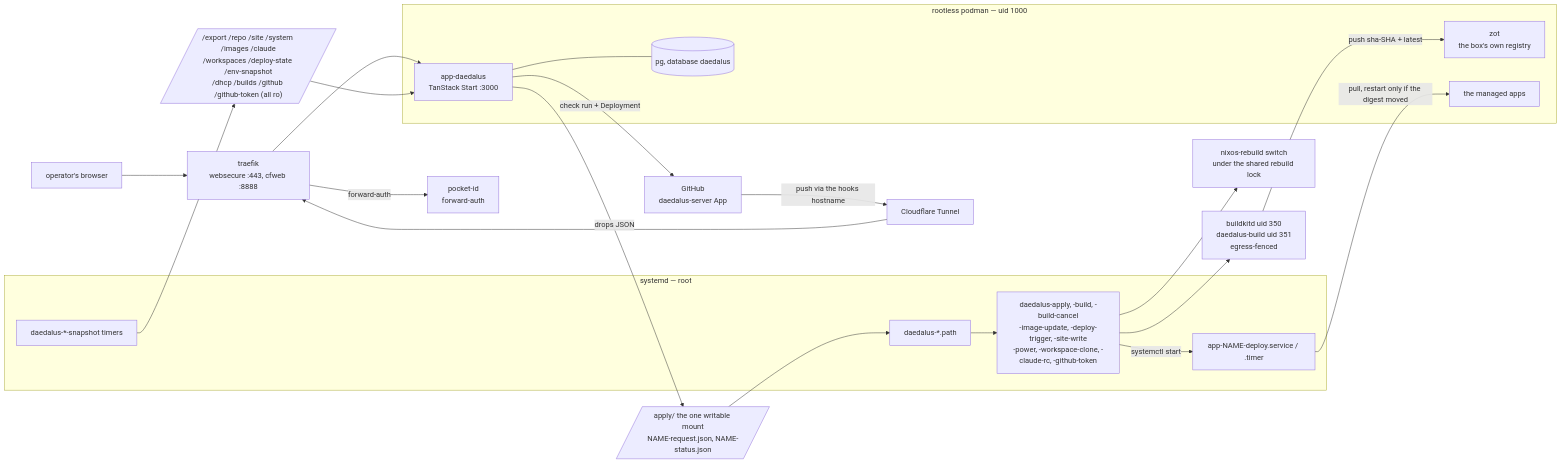
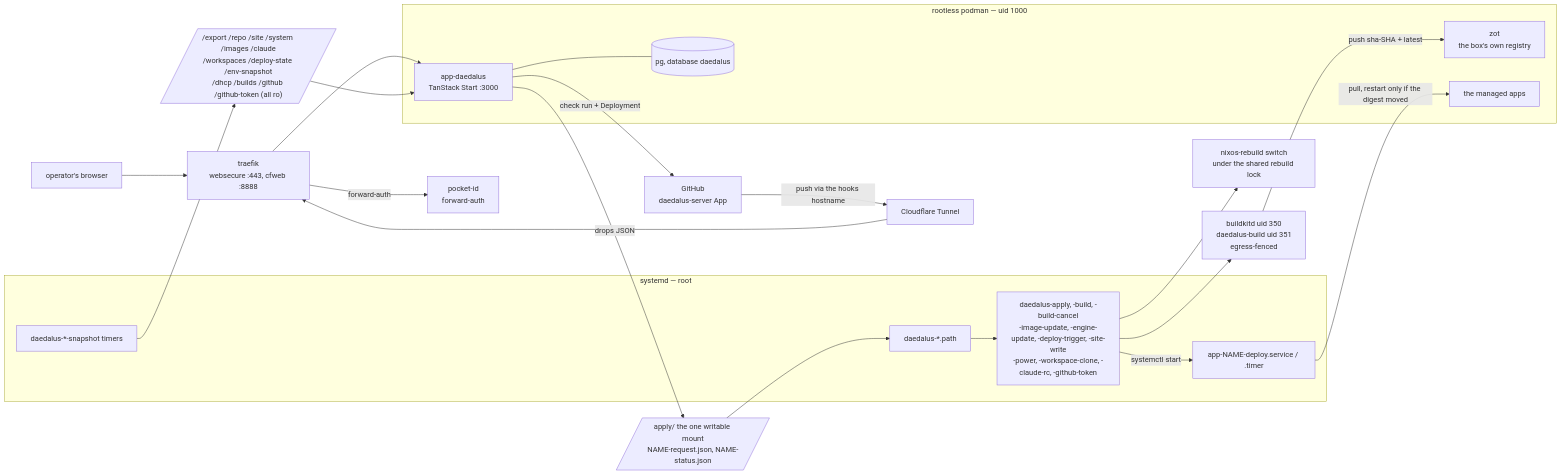
Before and after one commit to santiagotoscanini/daedalus: the first of 5 diagrams in ARCHITECTURE.md, drawn with Mermaid. The commit also changed other lines of this file and 37 other files, not shown here.

First line of the commit message:
app: the engine as a managed input — Update daedalus, the engine override, schema fixtures

````diff
--- a/ARCHITECTURE.md
+++ b/ARCHITECTURE.md
@@ -29,41 +29,41 @@
 ```mermaid
 flowchart LR
   Browser["operator's browser"]
   GH["GitHub<br/>daedalus-server App"]
   CF["Cloudflare Tunnel"]
   Traefik["traefik<br/>websecure :443, cfweb :8888"]
   PID["pocket-id<br/>forward-auth"]
 
   subgraph pod["rootless podman — uid 1000"]
     App["app-daedalus<br/>TanStack Start :3000"]
     PG[("pg, database daedalus")]
     Zot["zot<br/>the box's own registry"]
     Apps["the managed apps"]
   end
 
   Bridge[/"apply/ the one writable mount<br/>NAME-request.json, NAME-status.json"/]
   Snaps[/"/export /repo /site /system /images /claude<br/>/workspaces /deploy-state /env-snapshot<br/>/dhcp /builds /github /github-token (all ro)"/]
 
   subgraph root["systemd — root"]
     Paths["daedalus-*.path"]
-    Agents["daedalus-apply, -build, -build-cancel<br/>-image-update, -deploy-trigger, -site-write<br/>-power, -workspace-clone, -claude-rc, -github-token"]
+    Agents["daedalus-apply, -build, -build-cancel<br/>-image-update, -engine-update, -deploy-trigger, -site-write<br/>-power, -workspace-clone, -claude-rc, -github-token"]
     SnapJobs["daedalus-*-snapshot timers"]
     DeployU["app-NAME-deploy.service / .timer"]
   end
 
   Nix["nixos-rebuild switch<br/>under the shared rebuild lock"]
   BK["buildkitd uid 350<br/>daedalus-build uid 351<br/>egress-fenced"]
 
   Browser --> Traefik
   GH -- "push via the hooks hostname" --> CF --> Traefik
   Traefik -- "forward-auth" --> PID
   Traefik --> App
   App --- PG
   App -- "drops JSON" --> Bridge --> Paths --> Agents
   Agents --> Nix
   Agents --> BK -- "push sha-SHA + latest" --> Zot
   Agents -- "systemctl start" --> DeployU
   DeployU -- "pull, restart only if the digest moved" --> Apps
   SnapJobs --> Snaps --> App
   App -- "check run + Deployment" --> GH
 ```
````
